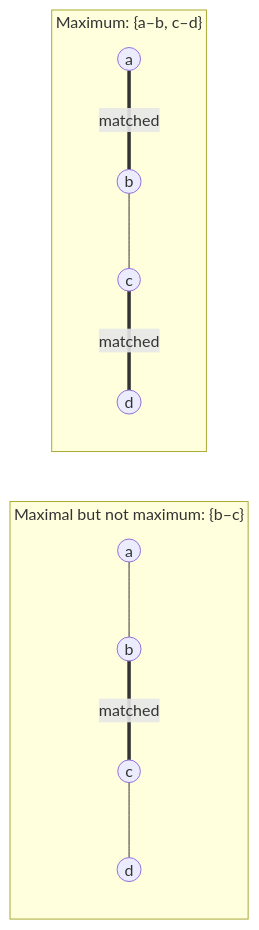
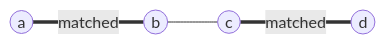
One commit to FahimMashroor/Chalmers_CSC changed the third of 20 diagrams in EDA387-Computer-Networks/10-Maximal-Matching.md. Above: the diagram before and after it, drawn with Mermaid. The commit also changed other lines of this file, not shown here.

Commit message:
Rewrite 10 Maximal Matching in simple language with examples and diagrams

````diff
--- a/EDA387-Computer-Networks/10-Maximal-Matching.md
+++ b/EDA387-Computer-Networks/10-Maximal-Matching.md
@@ -65,13 +102,6 @@
 ```mermaid
 flowchart LR
-    subgraph Maximal["Maximal but not maximum: {b–c}"]
-        a1((a)) --- b1((b))
-        b1 ===|matched| c1((c))
-        c1 --- d1((d))
-    end
-    subgraph Maximum["Maximum: {a–b, c–d}"]
-        a2((a)) ===|matched| b2((b))
-        b2 --- c2((c))
-        c2 ===|matched| d2((d))
-    end
+    a2((a)) ===|matched| b2((b))
+    b2 --- c2((c))
+    c2 ===|matched| d2((d))
 ```
````
